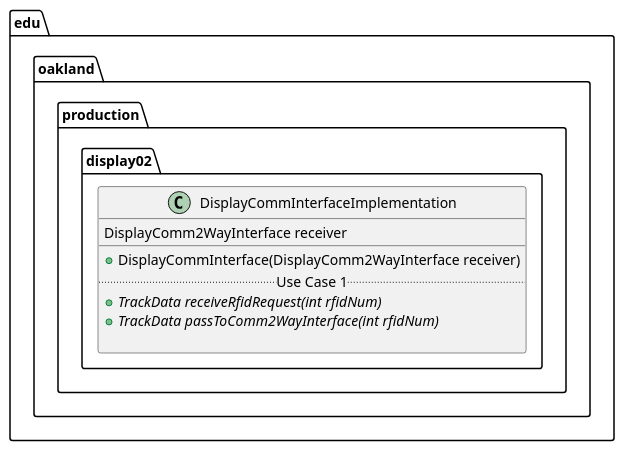
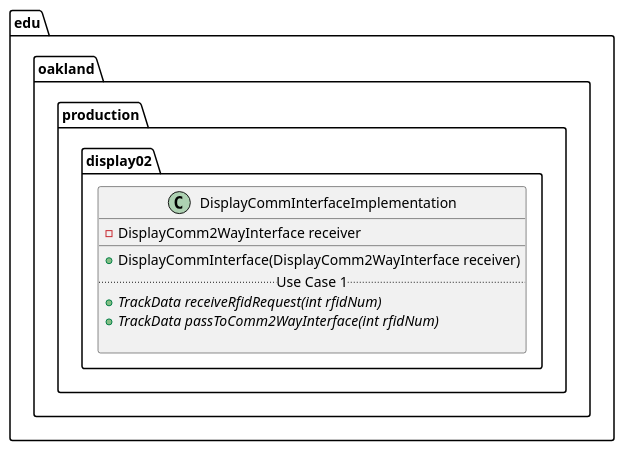
The diagram in docs/uml-class-diagrams/display02/production/DisplayCommInterfaceImplementation/DisplayCommInterfaceImplementation.puml (andrewdimmer/csi-3370-software-project), drawn with PlantUML before and after one commit.

```diff
--- a/docs/uml-class-diagrams/display02/production/DisplayCommInterfaceImplementation/DisplayCommInterfaceImplementation.puml
+++ b/docs/uml-class-diagrams/display02/production/DisplayCommInterfaceImplementation/DisplayCommInterfaceImplementation.puml
@@ -1,15 +1,15 @@
 @startuml DisplayCommInterfaceImplementation
 
 package edu.oakland.production.display02 {
     class DisplayCommInterfaceImplementation {
-        DisplayComm2WayInterface receiver
+        - DisplayComm2WayInterface receiver
         __
         + DisplayCommInterface(DisplayComm2WayInterface receiver)
         .. Use Case 1 ..
         {abstract} + TrackData receiveRfidRequest(int rfidNum)
         {abstract} + TrackData passToComm2WayInterface(int rfidNum)
 
     }
 }
 
 @enduml
```
